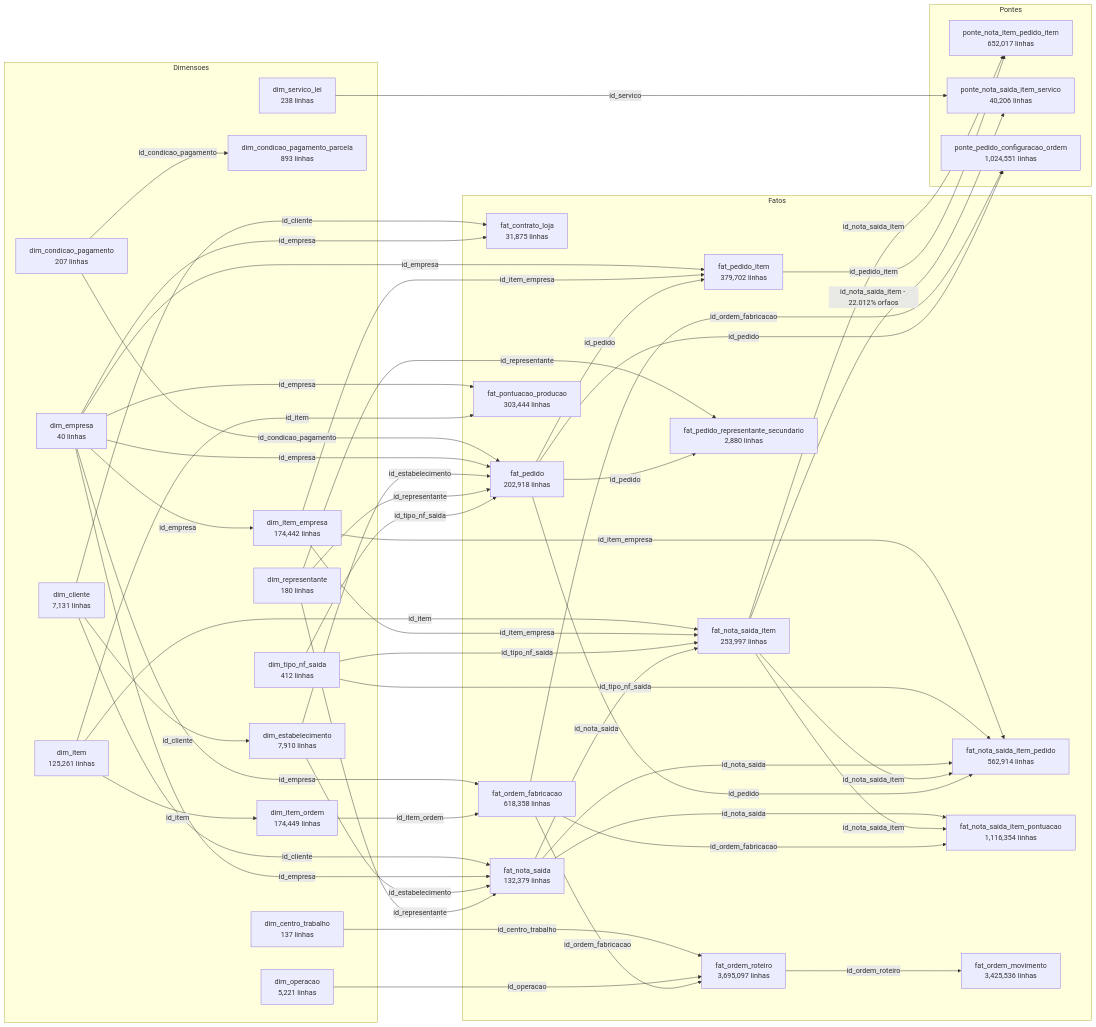
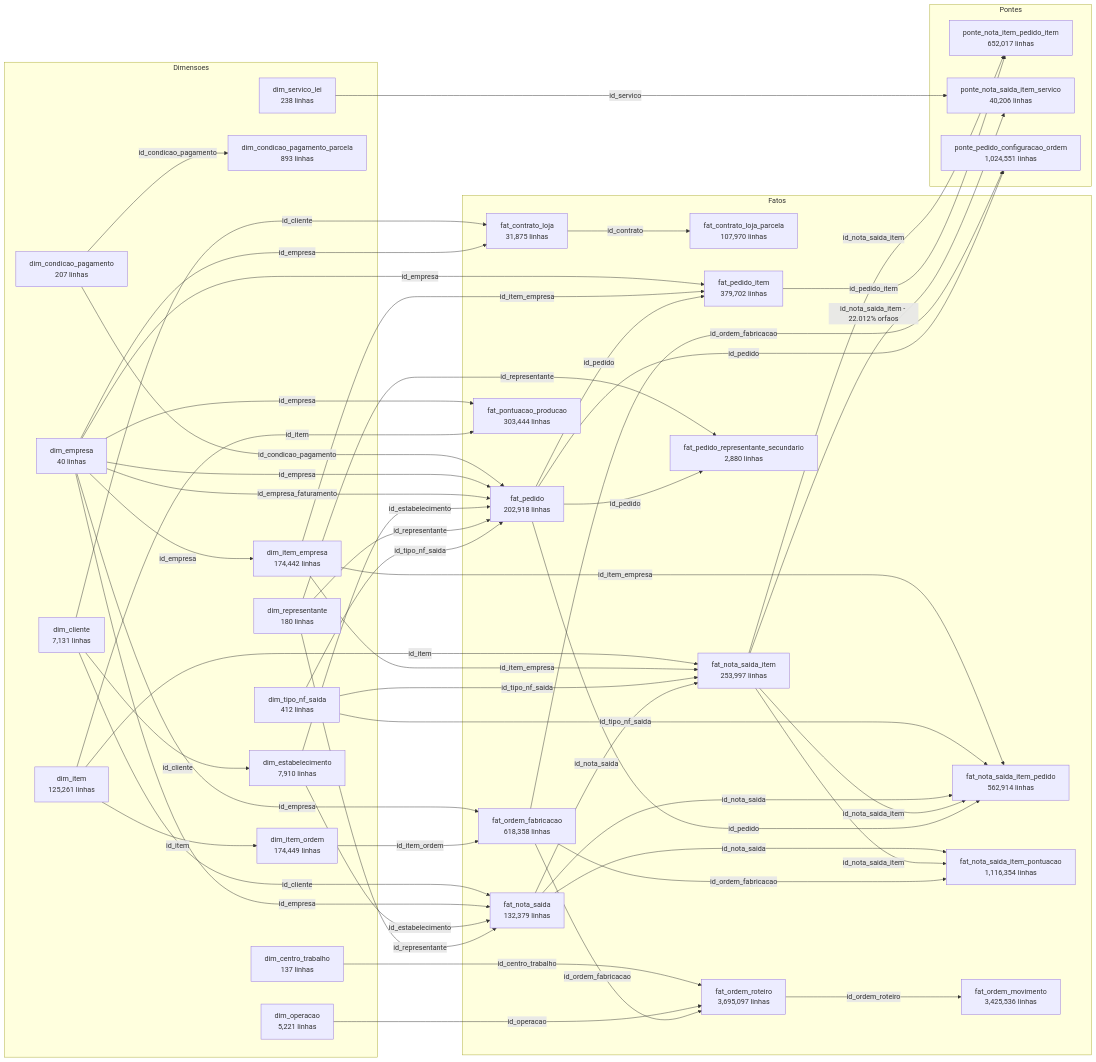
One commit to JaimeLHF/njf_BI changed the third of 3 diagrams in docs/modelo.md. Above: the diagram before and after it, drawn with Mermaid. The commit also changed other lines of this file and 3 other files, not shown here.

```diff
--- a/docs/modelo.md
+++ b/docs/modelo.md
@@ -133,6 +136,7 @@
   end
   subgraph Fatos
     fat_contrato_loja["fat_contrato_loja<br/>31,875 linhas"]
+    fat_contrato_loja_parcela["fat_contrato_loja_parcela<br/>107,970 linhas"]
     fat_nota_saida["fat_nota_saida<br/>132,379 linhas"]
     fat_nota_saida_item["fat_nota_saida_item<br/>253,997 linhas"]
     fat_nota_saida_item_pedido["fat_nota_saida_item_pedido<br/>562,914 linhas"]
@@ -161,6 +165,7 @@
   dim_empresa -->|id_empresa| fat_nota_saida
   dim_empresa -->|id_empresa| fat_ordem_fabricacao
   dim_empresa -->|id_empresa| fat_pedido
+  dim_empresa -->|id_empresa_faturamento| fat_pedido
   dim_empresa -->|id_empresa| fat_pedido_item
   dim_empresa -->|id_empresa| fat_pontuacao_producao
   dim_estabelecimento -->|id_estabelecimento| fat_nota_saida
@@ -180,6 +185,7 @@
   dim_tipo_nf_saida -->|id_tipo_nf_saida| fat_nota_saida_item
   dim_tipo_nf_saida -->|id_tipo_nf_saida| fat_nota_saida_item_pedido
   dim_tipo_nf_saida -->|id_tipo_nf_saida| fat_pedido
+  fat_contrato_loja -->|id_contrato| fat_contrato_loja_parcela
   fat_nota_saida -->|id_nota_saida| fat_nota_saida_item
   fat_nota_saida -->|id_nota_saida| fat_nota_saida_item_pedido
   fat_nota_saida -->|id_nota_saida| fat_nota_saida_item_pontuacao
```
